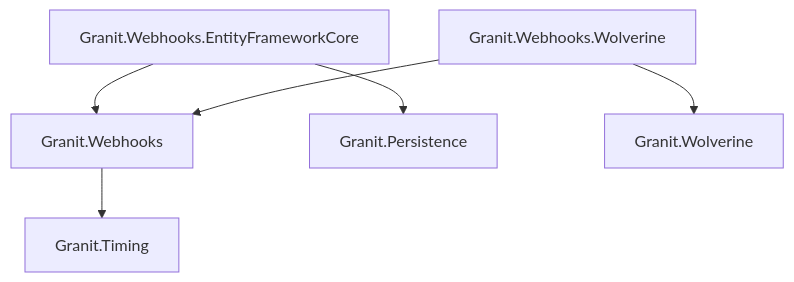
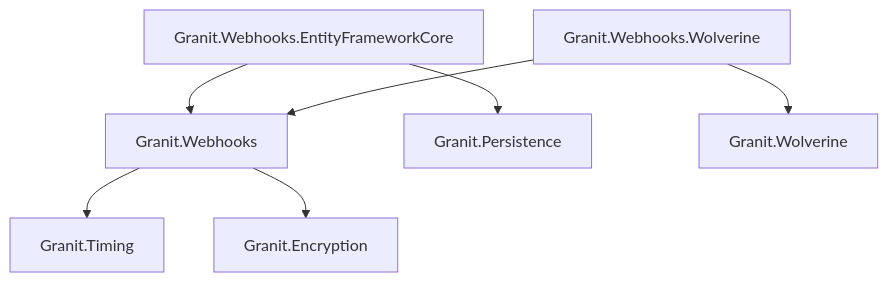
The diagram in docs-site/src/content/docs/dotnet/api/webhooks.mdx (granit-fx/granit-dotnet), drawn with Mermaid before and after one commit. The commit also changed other lines of this file and 92 other files, not shown here.

First line of the commit message:
fix(workflow,webhooks,timeline,wolverine): security audit — 10 Workflow findings + remaining modules

````diff
--- a/docs-site/src/content/docs/dotnet/api/webhooks.mdx
+++ b/docs-site/src/content/docs/dotnet/api/webhooks.mdx
@@ -41,8 +41,9 @@
 ```mermaid
 graph TD
     W[Granit.Webhooks] --> T[Granit.Timing]
+    W --> E[Granit.Encryption]
     WEF[Granit.Webhooks.EntityFrameworkCore] --> W
     WEF --> P[Granit.Persistence]
     WW[Granit.Webhooks.Wolverine] --> W
     WW --> WLV[Granit.Wolverine]
 ```
````
